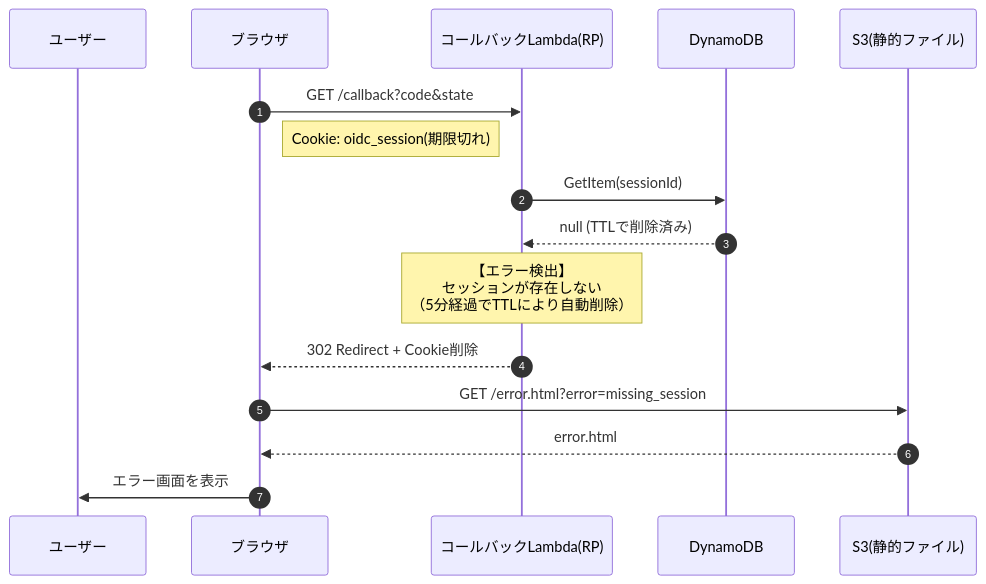
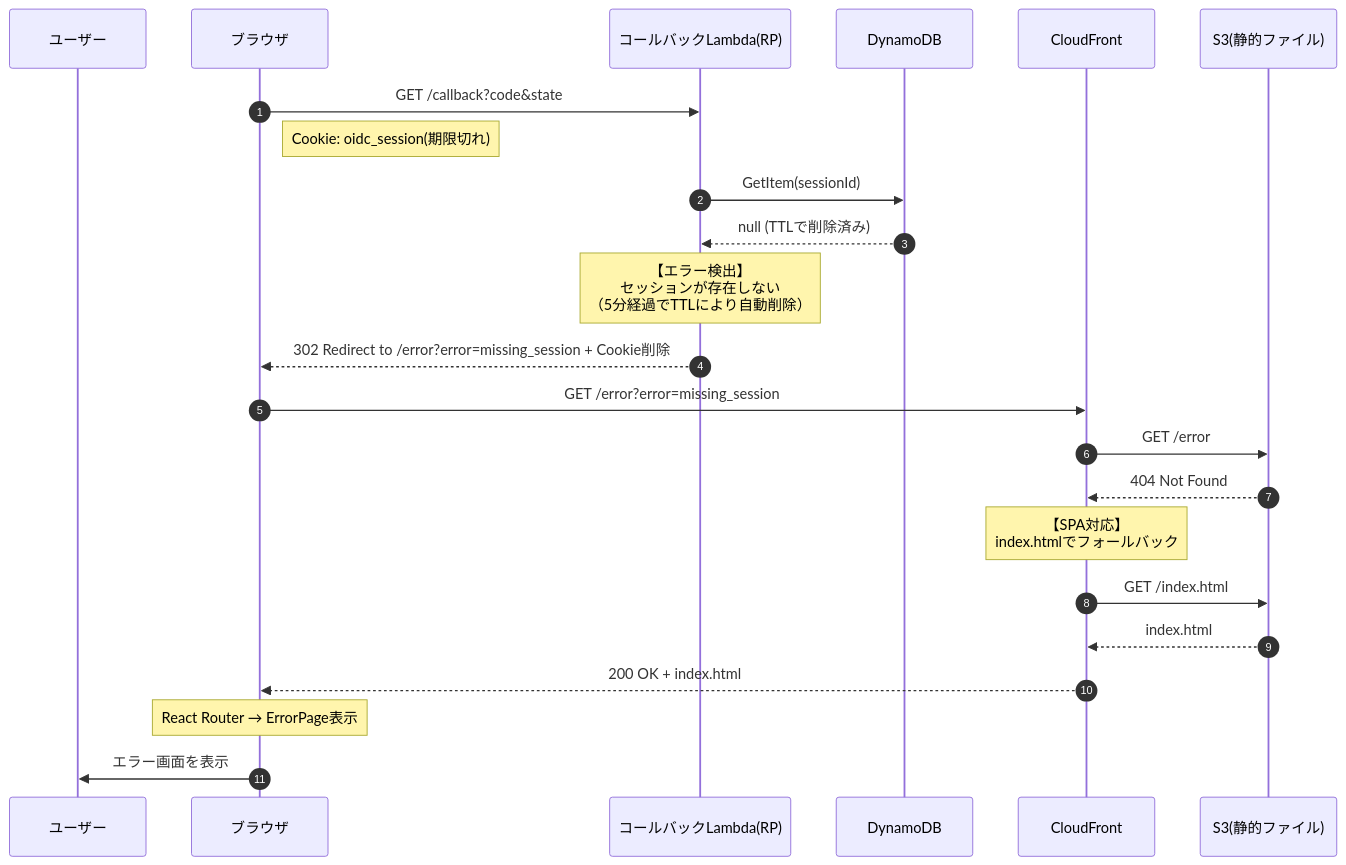
Before and after one commit to kasiopeiya/oidc-learning-sandbox: the third of 8 diagrams in docs/backend-design.md, drawn with Mermaid. The commit also changed other lines of this file and 27 other files, not shown here.

````diff
--- a/docs/backend-design.md
+++ b/docs/backend-design.md
@@ -158,22 +170,29 @@
 ```mermaid
 sequenceDiagram
     autonumber
     participant User as ユーザー
     participant Browser as ブラウザ
     participant L2 as コールバックLambda(RP)
     participant DDB as DynamoDB
+    participant CF as CloudFront
     participant S3 as S3(静的ファイル)
 
     Browser->>L2: GET /callback?code&state
     Note right of Browser: Cookie: oidc_session(期限切れ)
 
     L2->>DDB: GetItem(sessionId)
     DDB-->>L2: null (TTLで削除済み)
 
     Note over L2: 【エラー検出】<br/>セッションが存在しない<br/>（5分経過でTTLにより自動削除）
 
-    L2-->>Browser: 302 Redirect + Cookie削除
-    Browser->>S3: GET /error.html?error=missing_session
-    S3-->>Browser: error.html
+    L2-->>Browser: 302 Redirect to /error?error=missing_session + Cookie削除
+    Browser->>CF: GET /error?error=missing_session
+    CF->>S3: GET /error
+    S3-->>CF: 404 Not Found
+    Note over CF: 【SPA対応】<br/>index.htmlでフォールバック
+    CF->>S3: GET /index.html
+    S3-->>CF: index.html
+    CF-->>Browser: 200 OK + index.html
+    Note over Browser: React Router → ErrorPage表示
     Browser->>User: エラー画面を表示
 ```
````
